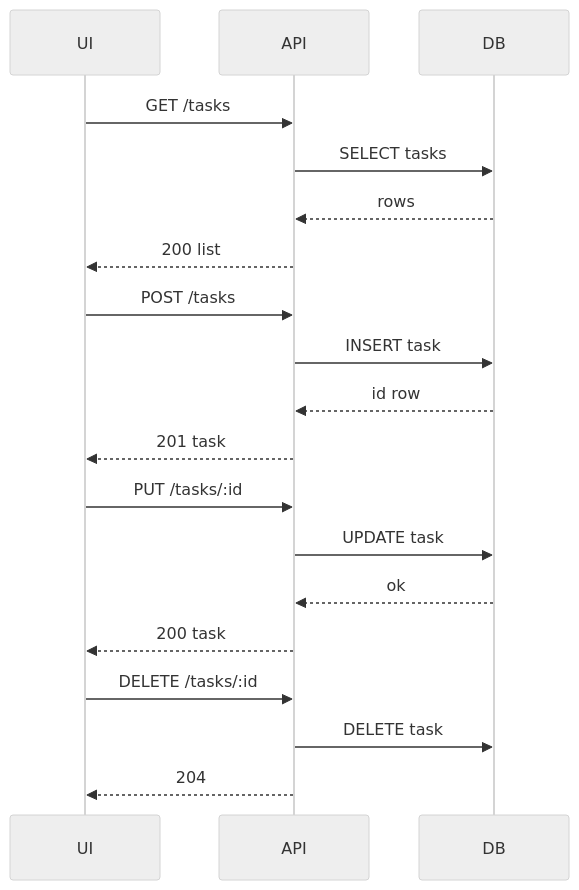
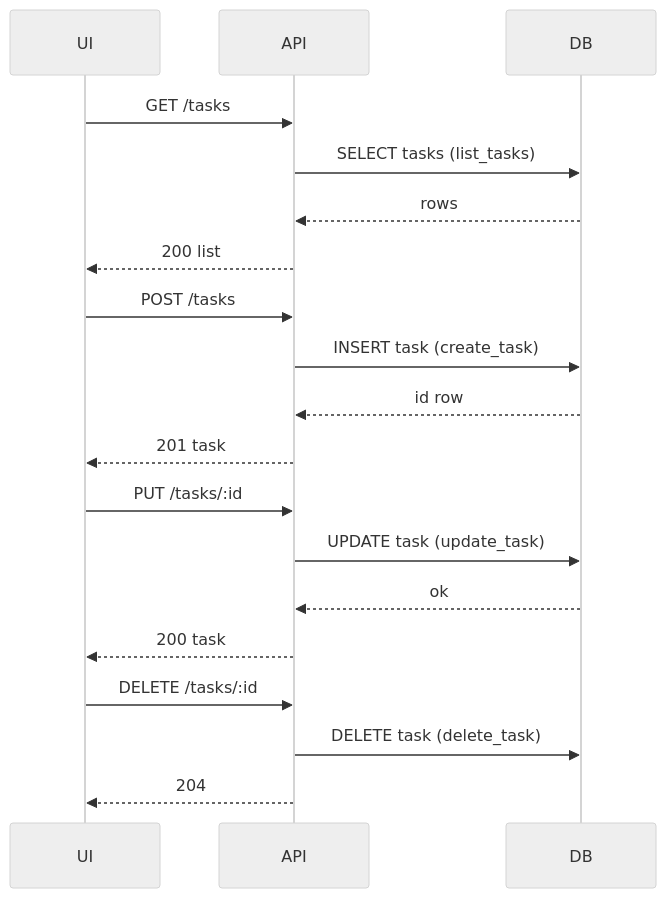
Before and after one commit to akissmann-prog/sdd-agent-demo: the diagram in SCRUM-76/docs/design_scrum_77.md, drawn with Mermaid (neutral theme). The commit also changed other lines of this file, not shown here.

````diff
--- a/SCRUM-76/docs/design_scrum_77.md
+++ b/SCRUM-76/docs/design_scrum_77.md
@@ -24,21 +51,21 @@
 ```mermaid
 sequenceDiagram
     participant UI
     participant API
     participant DB
     UI->>API: GET /tasks
-    API->>DB: SELECT tasks
+    API->>DB: SELECT tasks (list_tasks)
     DB-->>API: rows
     API-->>UI: 200 list
     UI->>API: POST /tasks
-    API->>DB: INSERT task
+    API->>DB: INSERT task (create_task)
     DB-->>API: id row
     API-->>UI: 201 task
     UI->>API: PUT /tasks/:id
-    API->>DB: UPDATE task
+    API->>DB: UPDATE task (update_task)
     DB-->>API: ok
     API-->>UI: 200 task
     UI->>API: DELETE /tasks/:id
-    API->>DB: DELETE task
+    API->>DB: DELETE task (delete_task)
     API-->>UI: 204
 ```
````
